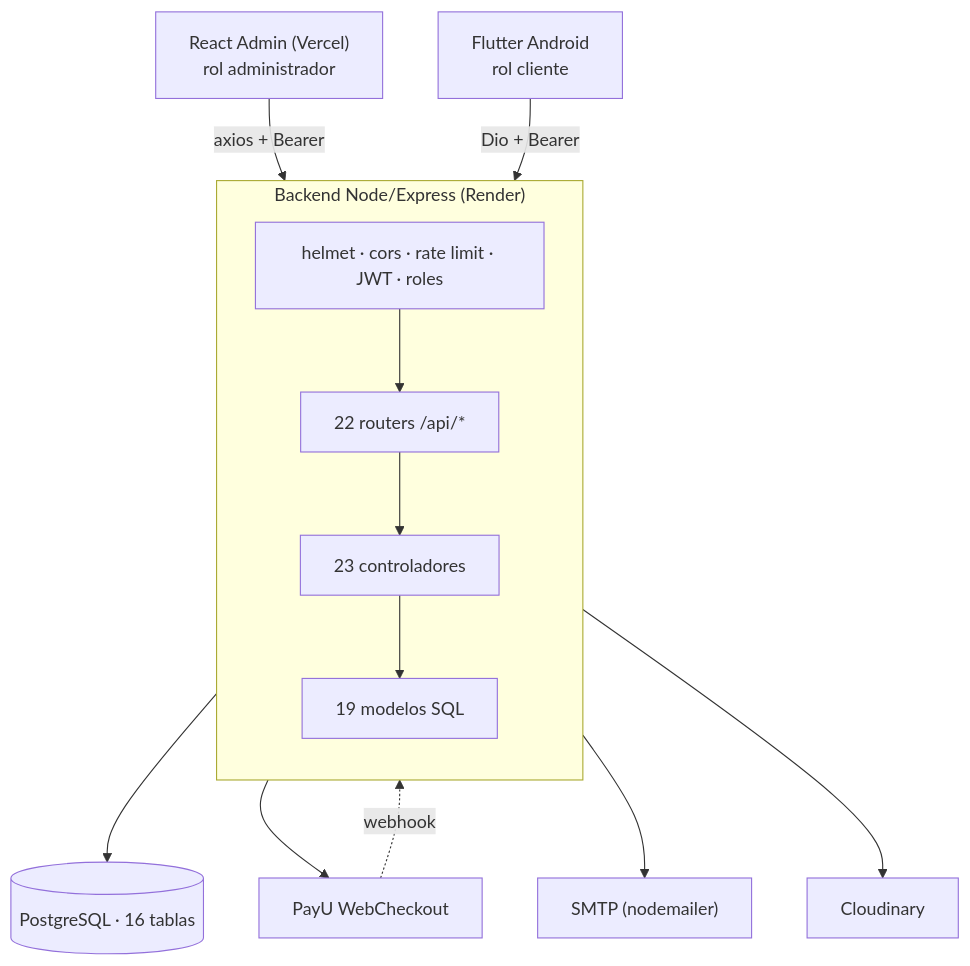
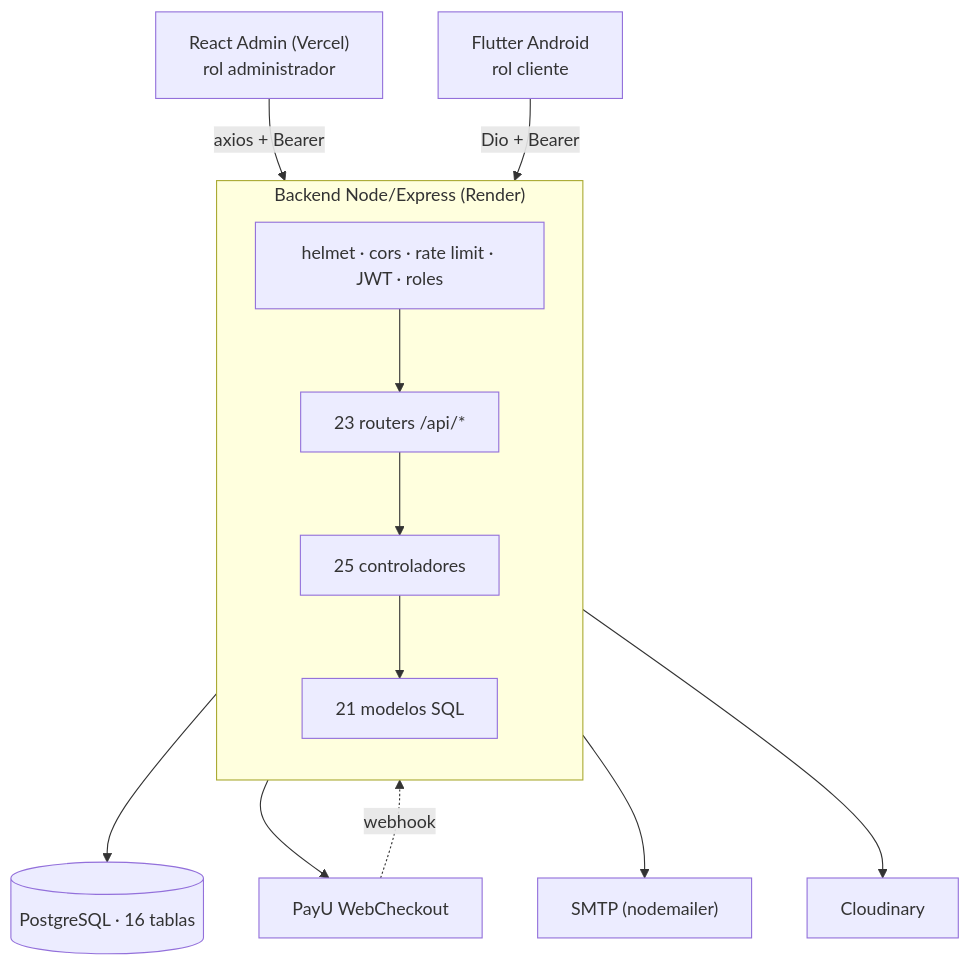
The diagram in docs/architecture/graphs/general-architecture.mmd (jimenezvegaedinson7-dot/librer-a), drawn with Mermaid before and after one commit. The commit also changed 214 other files, not shown here.

```diff
--- a/docs/architecture/graphs/general-architecture.mmd
+++ b/docs/architecture/graphs/general-architecture.mmd
@@ -1,19 +1,19 @@
-%% Generado 2026-10-02 desde el código real (actualizar-mapa.mjs)
+%% Generado 2026-10-03 desde el código real (actualizar-mapa.mjs)
 flowchart TB
     DB[("PostgreSQL · 16 tablas")]
     subgraph API["Backend Node/Express (Render)"]
         direction TB
         MW["helmet · cors · rate limit · JWT · roles"]
-        R["22 routers /api/*"]
-        C["23 controladores"]
-        M["19 modelos SQL"]
+        R["23 routers /api/*"]
+        C["25 controladores"]
+        M["21 modelos SQL"]
         MW --> R --> C --> M
     end
     M --> DB
     EXT1["PayU WebCheckout"]
     EXT2["SMTP (nodemailer)"]
     EXT3["Cloudinary"]
     C --> EXT1 & EXT2 & EXT3
     EXT1 -. webhook .-> R
     REACT["React Admin (Vercel)<br/>rol administrador"] -->|"axios + Bearer"| MW
     FLUTTER["Flutter Android<br/>rol cliente"] -->|"Dio + Bearer"| MW
```
